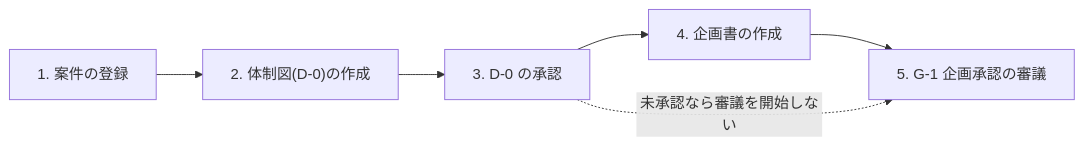
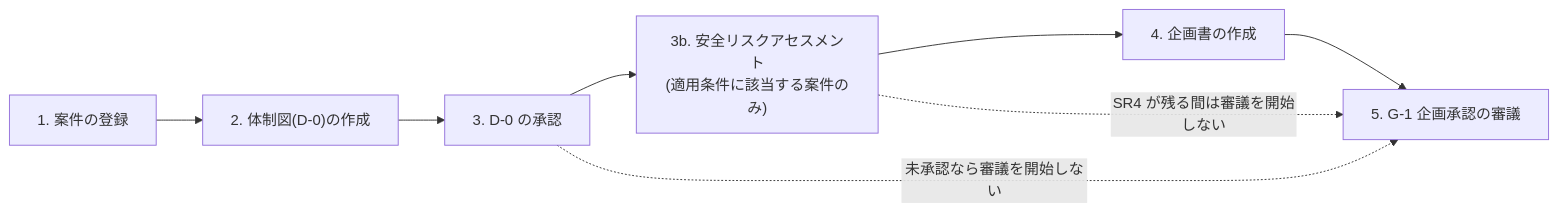
The third of 4 diagrams in src/content/docs/phase4-process-design/lifecycle.md (Takenori-Kusaka/process-compass), drawn with Mermaid before and after one commit. The commit also changed other lines of this file and 7 other files, not shown here.

````diff
--- a/src/content/docs/phase4-process-design/lifecycle.md
+++ b/src/content/docs/phase4-process-design/lifecycle.md
@@ -177,8 +177,10 @@
 ```mermaid
 graph LR
   A["1. 案件の登録"] --> B["2. 体制図(D-0)の作成"]
   B --> C["3. D-0 の承認"]
-  C --> D["4. 企画書の作成"]
+  C --> S["3b. 安全リスクアセスメント<br>(適用条件に該当する案件のみ)"]
+  S --> D["4. 企画書の作成"]
   D --> E["5. G-1 企画承認の審議"]
   C -.未承認なら審議を開始しない.-> E
+  S -.SR4 が残る間は審議を開始しない.-> E
 ```
````
